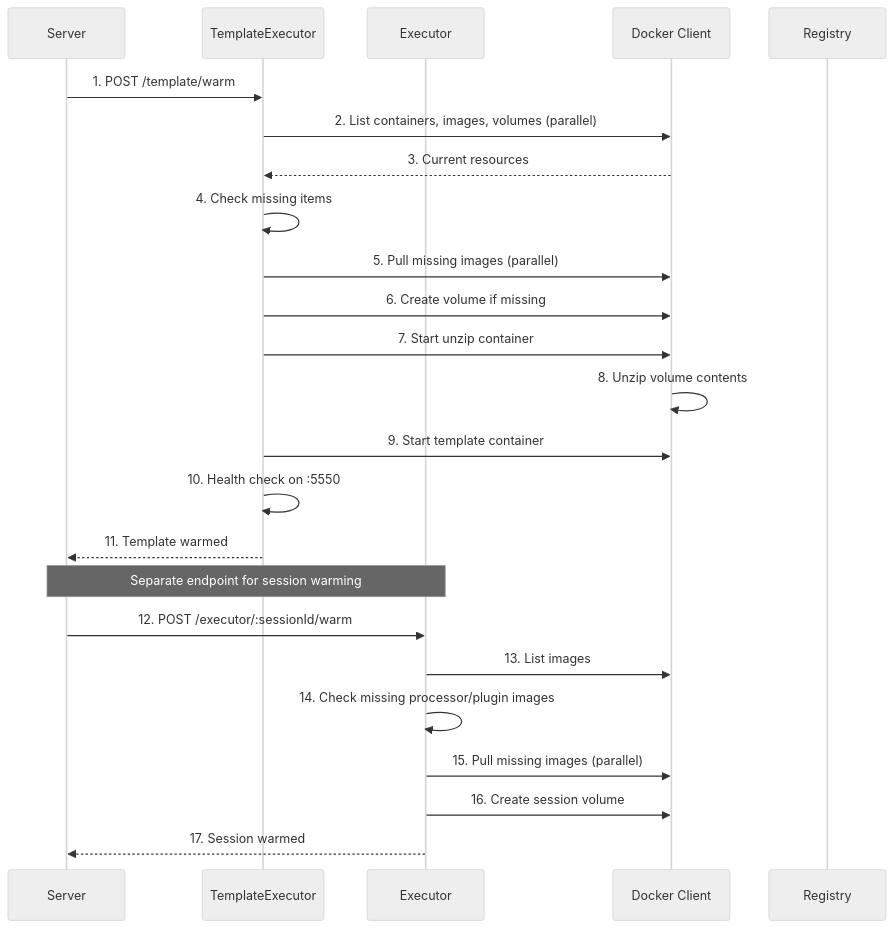
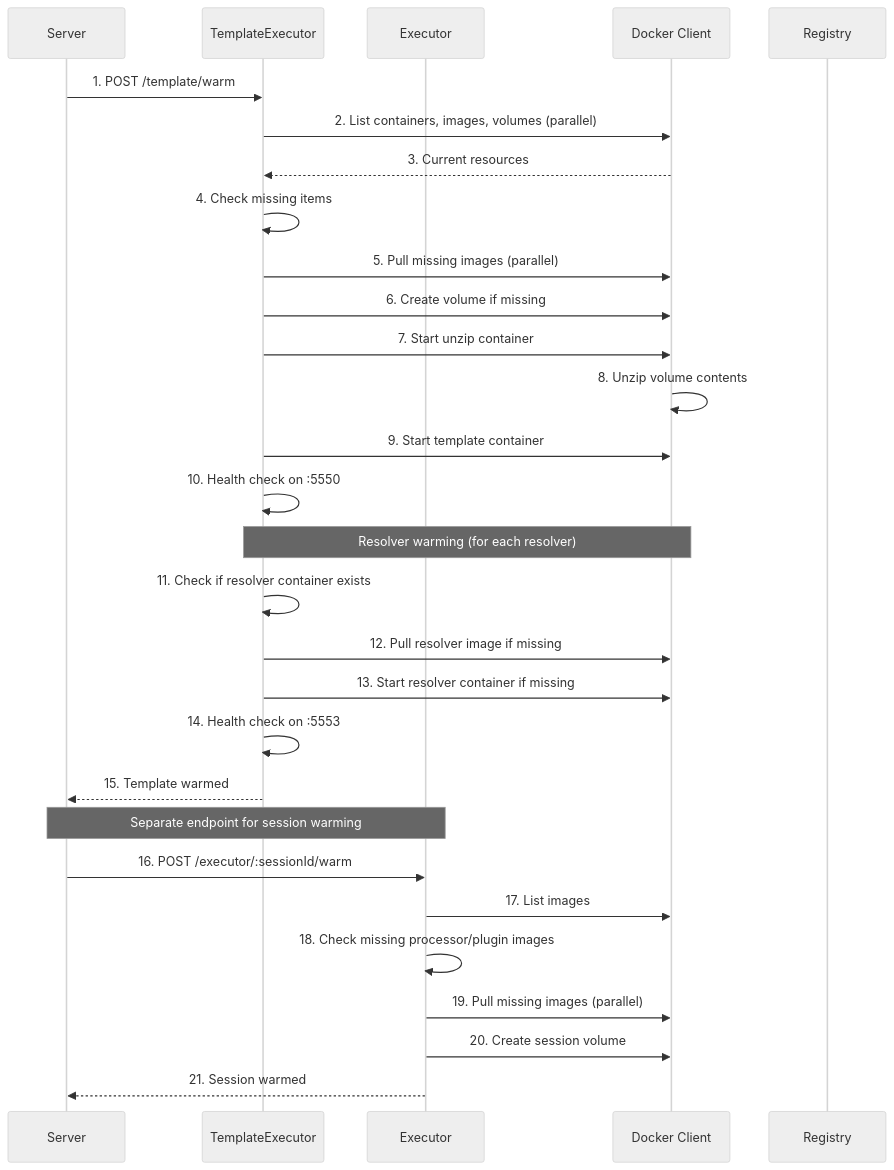
One commit to AtomiCloud/sulfone.boron changed the second of 2 diagrams in docs/developer/features/07-warming-system.md. Above: the diagram before and after it, drawn with Mermaid (neutral theme). The commit also changed other lines of this file and 9 other files, not shown here.

First line of the commit message:
feat(resolver): implement resolver coordinator for warming and proxying

````diff
--- a/docs/developer/features/07-warming-system.md
+++ b/docs/developer/features/07-warming-system.md
@@ -53,30 +58,37 @@
 ```mermaid
 sequenceDiagram
     participant S as Server
     participant TE as TemplateExecutor
     participant E as Executor
     participant D as Docker Client
     participant R as Registry
 
     S->>TE: 1. POST /template/warm
     TE->>D: 2. List containers, images, volumes (parallel)
     D-->>TE: 3. Current resources
 
     TE->>TE: 4. Check missing items
     TE->>D: 5. Pull missing images (parallel)
     TE->>D: 6. Create volume if missing
     TE->>D: 7. Start unzip container
     D->>D: 8. Unzip volume contents
     TE->>D: 9. Start template container
     TE->>TE: 10. Health check on :5550
-    TE-->>S: 11. Template warmed
+
+    Note over TE,D: Resolver warming (for each resolver)
+    TE->>TE: 11. Check if resolver container exists
+    TE->>D: 12. Pull resolver image if missing
+    TE->>D: 13. Start resolver container if missing
+    TE->>TE: 14. Health check on :5553
+
+    TE-->>S: 15. Template warmed
 
     Note over S,E: Separate endpoint for session warming
 
-    S->>E: 12. POST /executor/:sessionId/warm
-    E->>D: 13. List images
-    E->>E: 14. Check missing processor/plugin images
-    E->>D: 15. Pull missing images (parallel)
-    E->>D: 16. Create session volume
-    E-->>S: 17. Session warmed
+    S->>E: 16. POST /executor/:sessionId/warm
+    E->>D: 17. List images
+    E->>E: 18. Check missing processor/plugin images
+    E->>D: 19. Pull missing images (parallel)
+    E->>D: 20. Create session volume
+    E-->>S: 21. Session warmed
 ```
````
